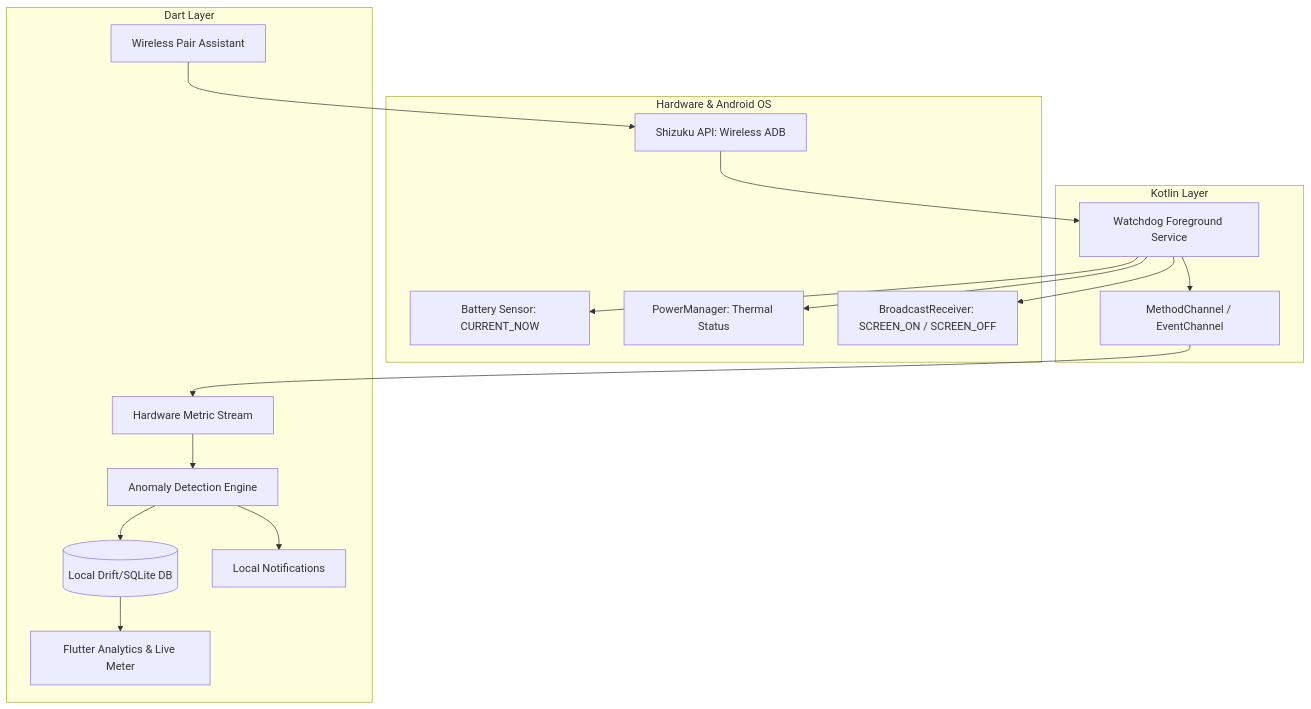
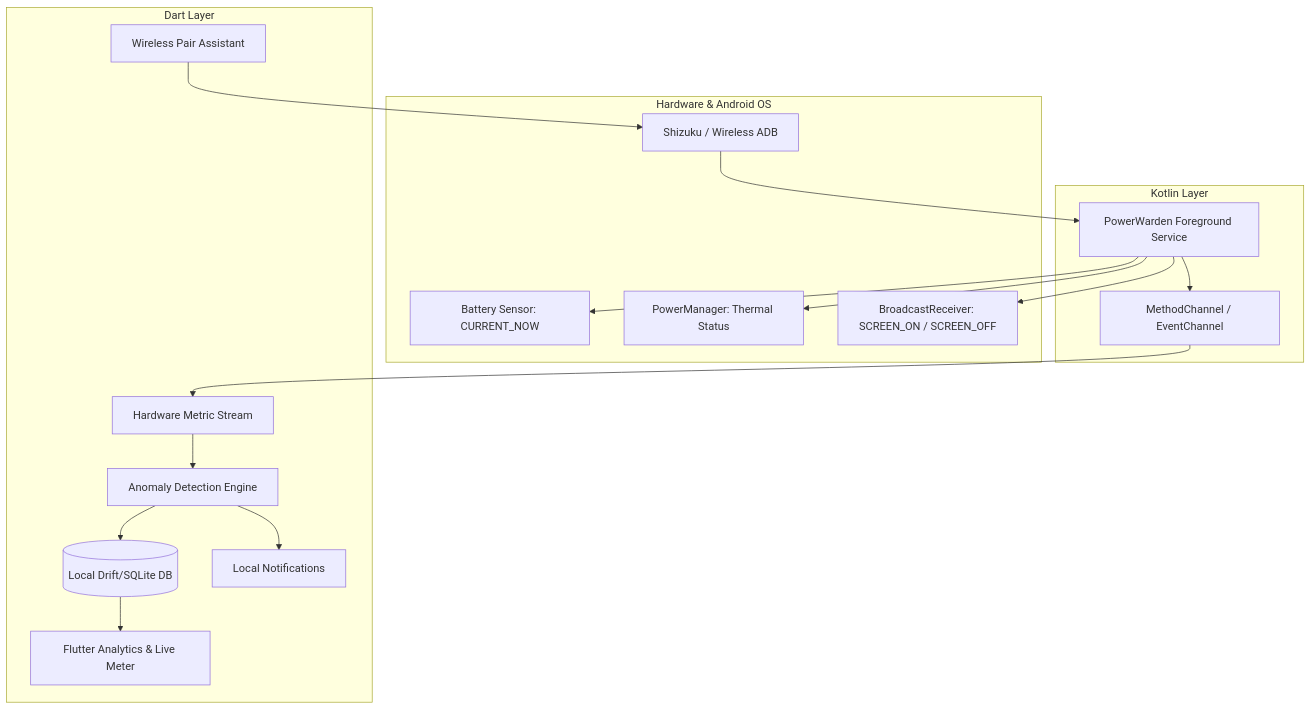
One commit to mrun1corn/power-warden changed the diagram in README.md. Above: the diagram before and after it, drawn with Mermaid. The commit also changed other lines of this file and 2 other files, not shown here.

Commit message:
Rename to PowerWarden, update architecture, plans, and README

````diff
--- a/README.md
+++ b/README.md
@@ -22,26 +22,26 @@
 ```mermaid
 graph TD
     subgraph Hardware & Android OS
         BATT[Battery Sensor: CURRENT_NOW]
         THERM[PowerManager: Thermal Status]
         SCRN[BroadcastReceiver: SCREEN_ON / SCREEN_OFF]
-        SHIZ[Shizuku API: Wireless ADB]
+        SHIZ[Shizuku / Wireless ADB]
     end
 
     subgraph Native Android [Kotlin Layer]
-        FS[Watchdog Foreground Service] --> BATT
+        FS[PowerWarden Foreground Service] --> BATT
         FS --> THERM
         FS --> SCRN
         FS --> MC[MethodChannel / EventChannel]
         SHIZ --> FS
     end
 
     subgraph Flutter App [Dart Layer]
         MC --> Stream[Hardware Metric Stream]
         Stream --> AnomalyEngine[Anomaly Detection Engine]
         AnomalyEngine --> DB[(Local Drift/SQLite DB)]
         AnomalyEngine --> Notifs[Local Notifications]
         DB --> Dashboard[Flutter Analytics & Live Meter]
         ShizukuUI[Wireless Pair Assistant] --> SHIZ
     end
 ```
````
